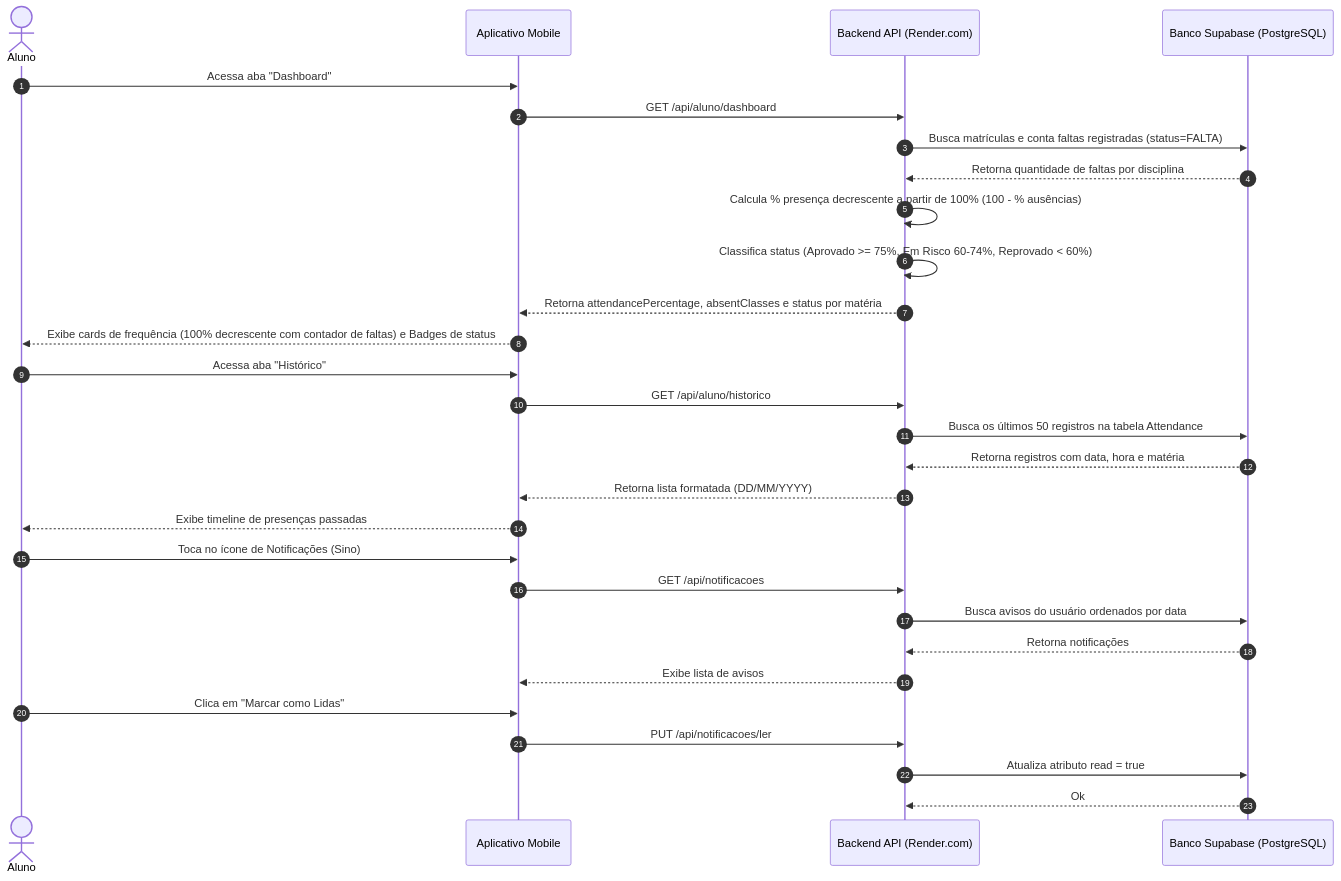
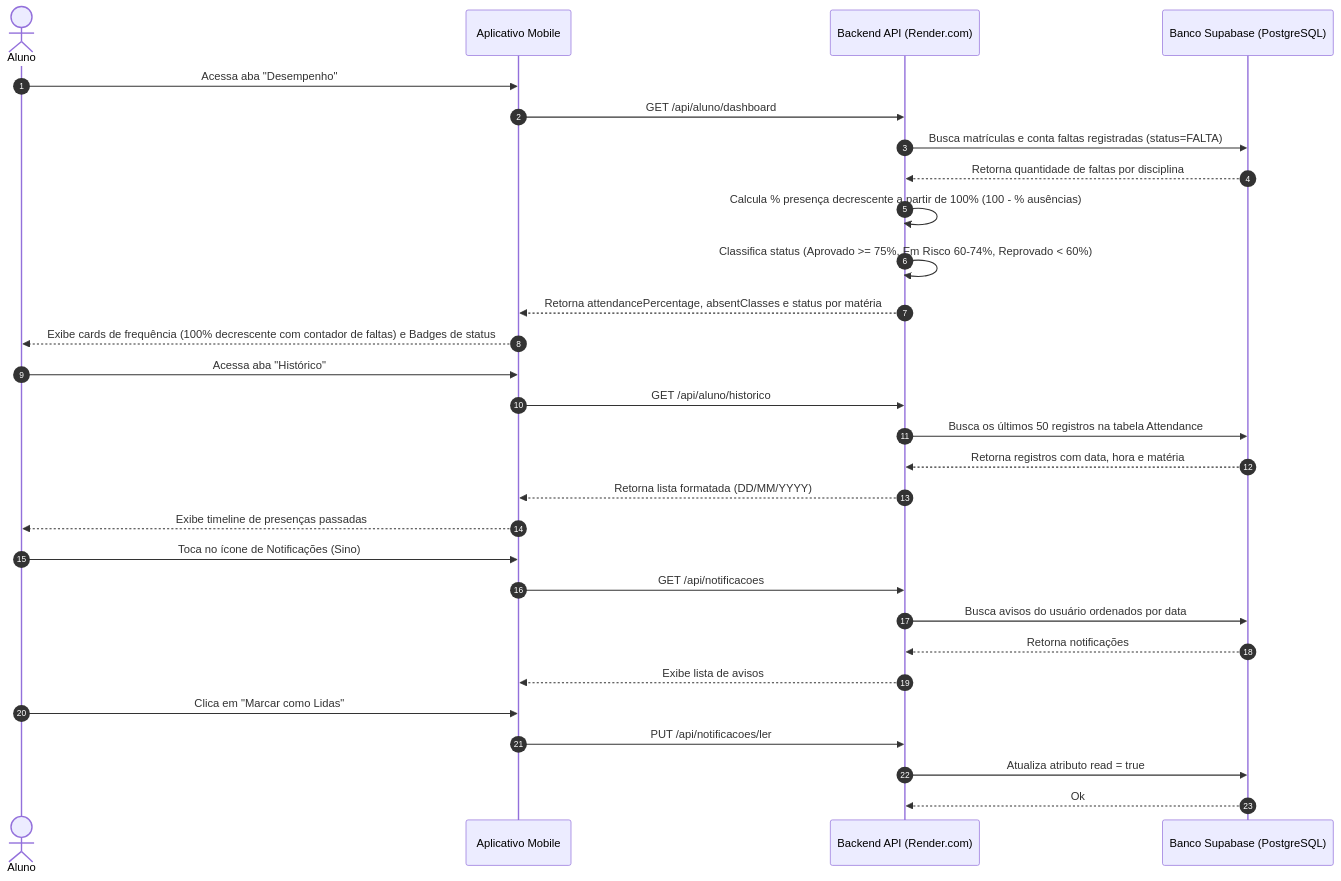
Before and after one commit to caneschi-lais/geoclass: the fourth of 24 diagrams in documentacao/diagramas/fluxos.md, drawn with Mermaid. The commit also changed other lines of this file and 34 other files, not shown here.

Commit message:
docs: add system architecture diagrams and generation script

````diff
--- a/documentacao/diagramas/fluxos.md
+++ b/documentacao/diagramas/fluxos.md
@@ -164,37 +164,37 @@
 ```mermaid
 sequenceDiagram
     autonumber
     actor Aluno
     participant App as Aplicativo Mobile
     participant API as Backend API (Render.com)
     participant DB as Banco Supabase (PostgreSQL)
 
-    %% Dashboard de Frequência (Cálculo Decrescente a partir de 100%)
-    Aluno->>App: Acessa aba "Dashboard"
+    %% Desempenho do Aluno (Cálculo Decrescente a partir de 100%)
+    Aluno->>App: Acessa aba "Desempenho"
     App->>API: GET /api/aluno/dashboard
     API->>DB: Busca matrículas e conta faltas registradas (status=FALTA)
     DB-->>API: Retorna quantidade de faltas por disciplina
     API->>API: Calcula % presença decrescente a partir de 100% (100 - % ausências)
     API->>API: Classifica status (Aprovado >= 75%, Em Risco 60-74%, Reprovado < 60%)
     API-->>App: Retorna attendancePercentage, absentClasses e status por matéria
     App-->>Aluno: Exibe cards de frequência (100% decrescente com contador de faltas) e Badges de status
 
     %% Histórico Acadêmico
     Aluno->>App: Acessa aba "Histórico"
     App->>API: GET /api/aluno/historico
     API->>DB: Busca os últimos 50 registros na tabela Attendance
     DB-->>API: Retorna registros com data, hora e matéria
     API-->>App: Retorna lista formatada (DD/MM/YYYY)
     App-->>Aluno: Exibe timeline de presenças passadas
 
     %% Notificações
     Aluno->>App: Toca no ícone de Notificações (Sino)
     App->>API: GET /api/notificacoes
     API->>DB: Busca avisos do usuário ordenados por data
     DB-->>API: Retorna notificações
     API-->>App: Exibe lista de avisos
     Aluno->>App: Clica em "Marcar como Lidas"
     App->>API: PUT /api/notificacoes/ler
     API->>DB: Atualiza atributo read = true
     DB-->>API: Ok
 ```
````
